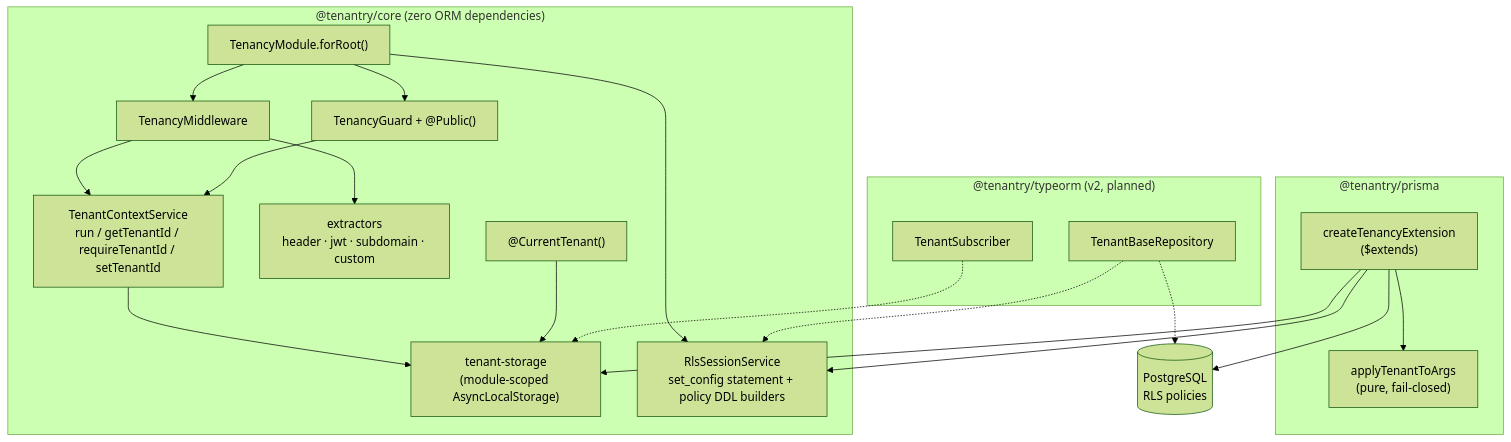
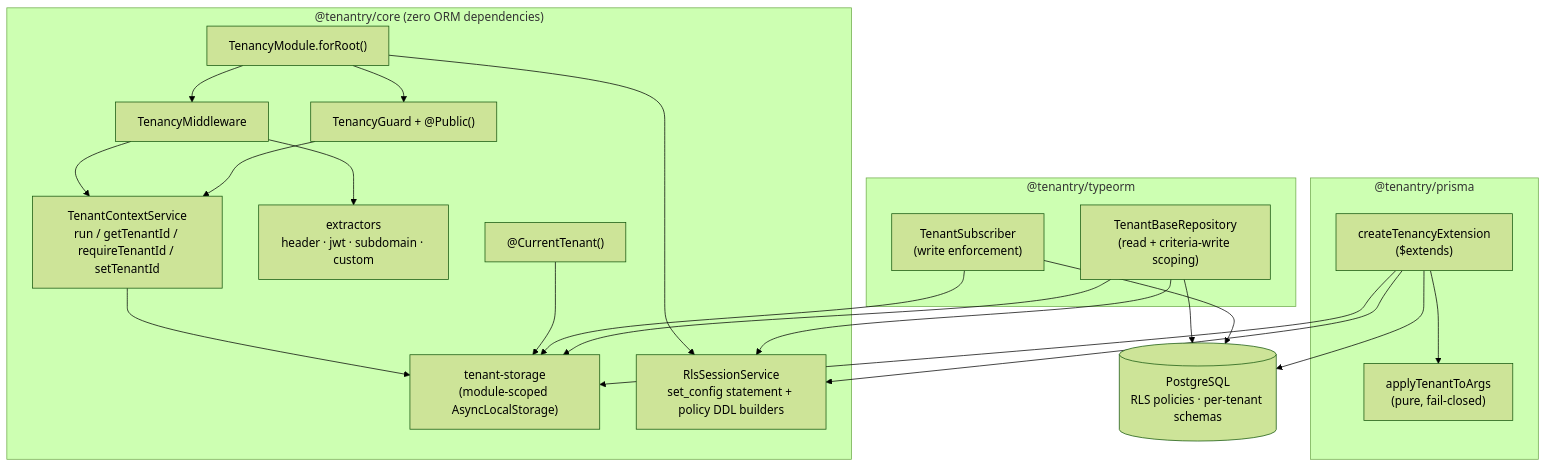
One commit to gettenantry/tenantry changed the first of 2 diagrams in ARCHITECTURE.md. Above: the diagram before and after it, drawn with Mermaid (forest theme). The commit also changed other lines of this file and 3 other files, not shown here.

````diff
--- a/ARCHITECTURE.md
+++ b/ARCHITECTURE.md
@@ -9,41 +9,43 @@
 ```mermaid
 graph TB
     subgraph core ["@tenantry/core (zero ORM dependencies)"]
         ALS["tenant-storage<br/>(module-scoped AsyncLocalStorage)"]
         TCS["TenantContextService<br/>run / getTenantId / requireTenantId / setTenantId"]
         EXT["extractors<br/>header · jwt · subdomain · custom"]
         MW["TenancyMiddleware"]
         GUARD["TenancyGuard + @Public()"]
         DEC["@CurrentTenant()"]
         MOD["TenancyModule.forRoot()"]
         RLS["RlsSessionService<br/>set_config statement + policy DDL builders"]
         TCS --> ALS
         DEC --> ALS
         MW --> TCS
         MW --> EXT
         GUARD --> TCS
         MOD --> MW
         MOD --> GUARD
         MOD --> RLS
     end
 
     subgraph prisma ["@tenantry/prisma"]
         PEXT["createTenancyExtension<br/>($extends)"]
         ARGS["applyTenantToArgs<br/>(pure, fail-closed)"]
         PEXT --> ARGS
     end
 
-    subgraph typeorm ["@tenantry/typeorm (v2, planned)"]
-        SUB["TenantSubscriber"]
-        REPO["TenantBaseRepository"]
+    subgraph typeorm ["@tenantry/typeorm"]
+        SUB["TenantSubscriber<br/>(write enforcement)"]
+        REPO["TenantBaseRepository<br/>(read + criteria-write scoping)"]
     end
 
     PEXT --> ALS
     PEXT --> RLS
-    SUB -.-> ALS
-    REPO -.-> RLS
+    SUB --> ALS
+    REPO --> ALS
+    REPO --> RLS
 
-    PG[("PostgreSQL<br/>RLS policies")]
+    PG[("PostgreSQL<br/>RLS policies · per-tenant schemas")]
     PEXT --> PG
-    REPO -.-> PG
+    REPO --> PG
+    SUB --> PG
 ```
````
